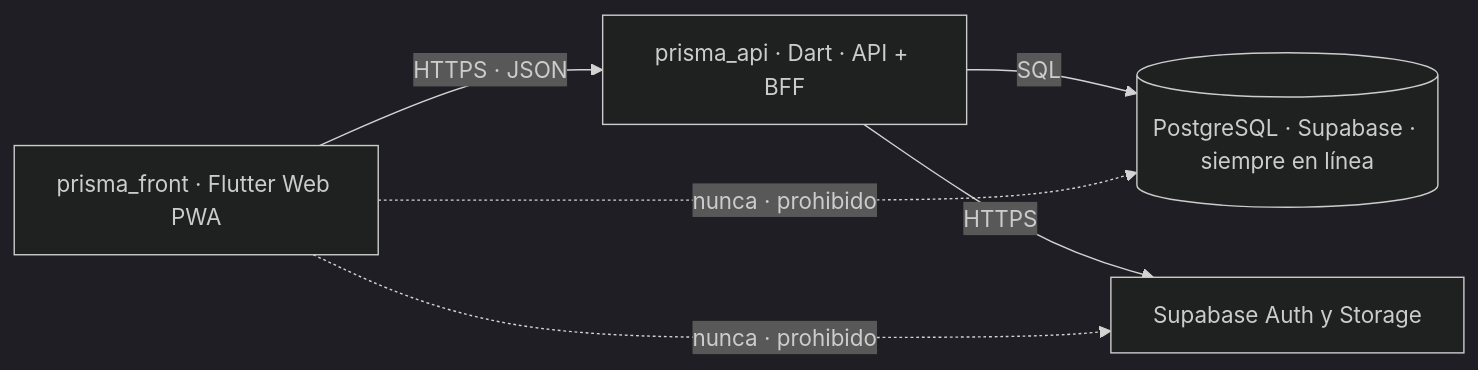
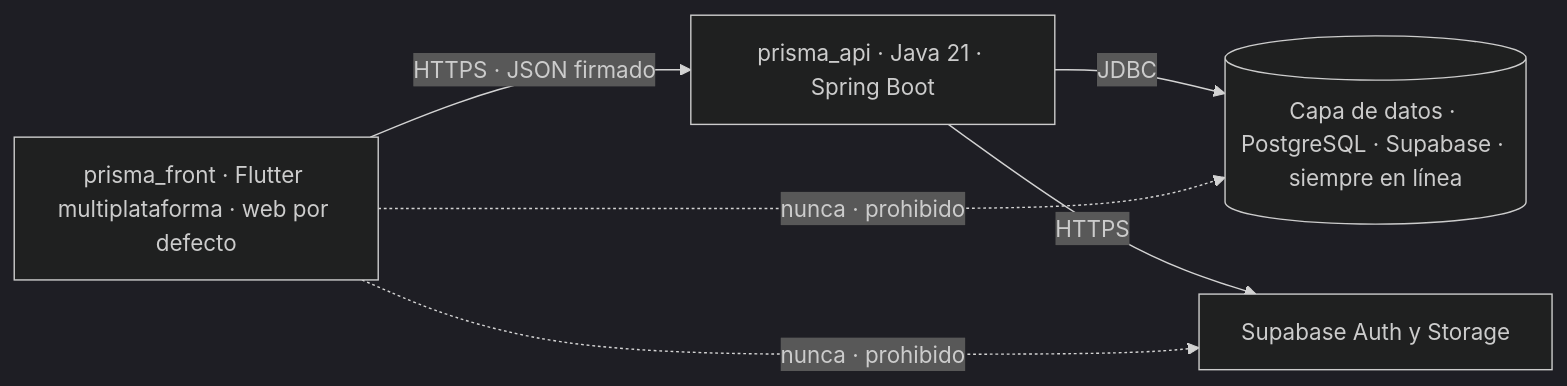
Before and after one commit to Juanchope039/Finanzas-PRISMA: the first of 2 diagrams in docs/07-arquitectura.md, drawn with Mermaid (dark theme). The commit also changed other lines of this file and 30 other files, not shown here.

````diff
--- a/docs/07-arquitectura.md
+++ b/docs/07-arquitectura.md
@@ -31,8 +37,8 @@
 ```mermaid
 graph LR
-    FRONT[prisma_front · Flutter Web PWA] -->|HTTPS · JSON| API[prisma_api · Dart · API + BFF]
-    API -->|SQL| DB[(PostgreSQL · Supabase · siempre en línea)]
+    FRONT[prisma_front · Flutter multiplataforma · web por defecto] -->|HTTPS · JSON firmado| API[prisma_api · Java 21 · Spring Boot]
+    API -->|JDBC| DB[(Capa de datos · PostgreSQL · Supabase · siempre en línea)]
     API -->|HTTPS| AUTH[Supabase Auth y Storage]
     FRONT -. nunca · prohibido .-> DB
     FRONT -. nunca · prohibido .-> AUTH
 ```
````
